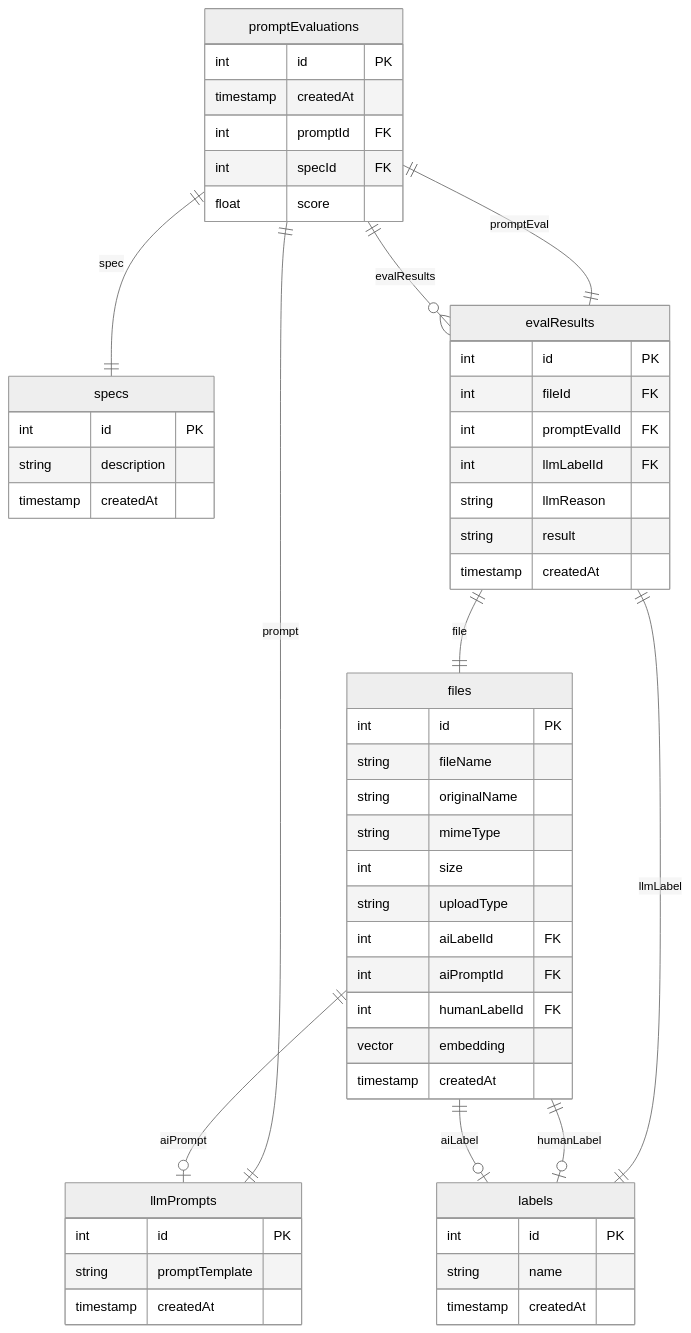
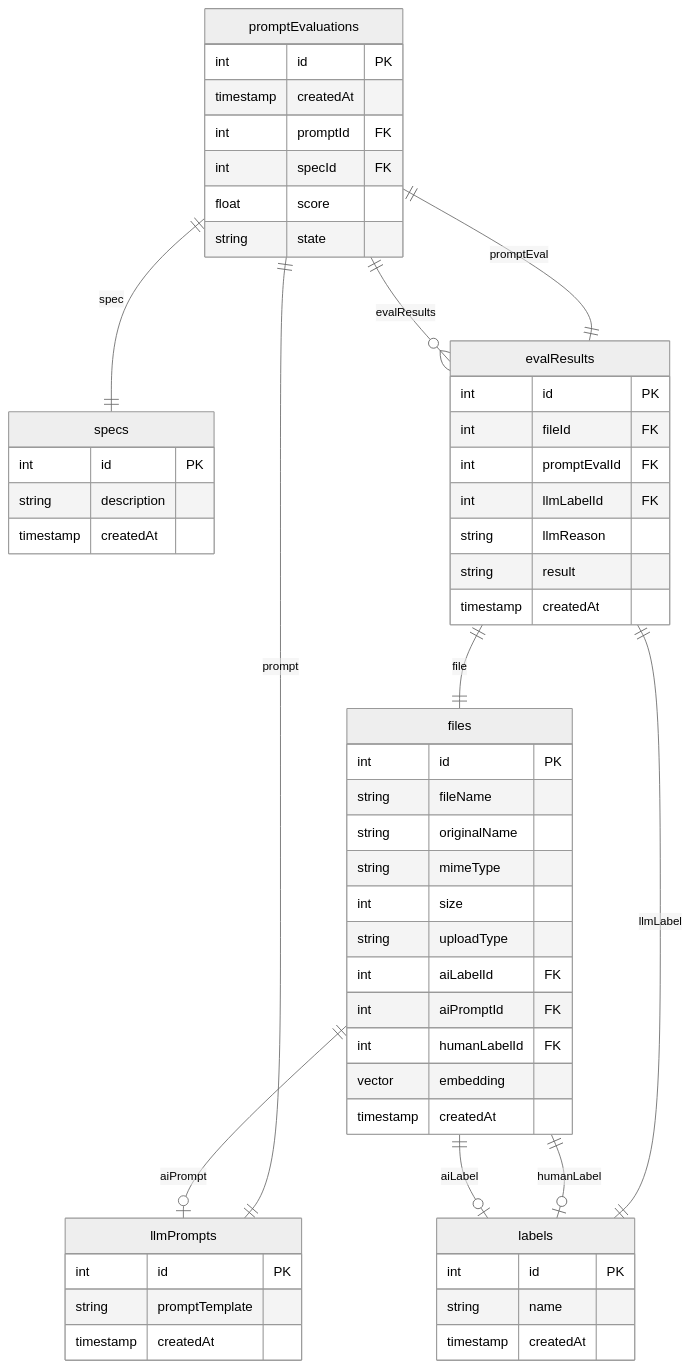
One commit to msrks/llmbox changed the diagram in README.md. Above: the diagram before and after it, drawn with Mermaid (neutral theme). The commit also changed other lines of this file and 2 other files, not shown here.

````diff
--- a/README.md
+++ b/README.md
@@ -36,57 +38,58 @@
 ```mermaid
 erDiagram
     files {
         int id PK
         string fileName
         string originalName
         string mimeType
         int size
         string uploadType
         int aiLabelId FK
         int aiPromptId FK
         int humanLabelId FK
         vector embedding
         timestamp createdAt
     }
     labels {
         int id PK
         string name
         timestamp createdAt
     }
     llmPrompts {
         int id PK
         string promptTemplate
         timestamp createdAt
     }
     specs {
         int id PK
         string description
         timestamp createdAt
     }
     promptEvaluations {
         int id PK
         timestamp createdAt
         int promptId FK
         int specId FK
         float score
+        string state
     }
     evalResults {
         int id PK
         int fileId FK
         int promptEvalId FK
         int llmLabelId FK
         string llmReason
         string result
         timestamp createdAt
     }
 
     files ||--o| labels : "aiLabel"
     files ||--o| labels : "humanLabel"
     files ||--o| llmPrompts : "aiPrompt"
     promptEvaluations ||--|| llmPrompts : "prompt"
     promptEvaluations ||--|| specs : "spec"
     promptEvaluations ||--o{ evalResults : "evalResults"
     evalResults ||--|| files : "file"
     evalResults ||--|| promptEvaluations : "promptEval"
     evalResults ||--|| labels : "llmLabel"
 ```
````
